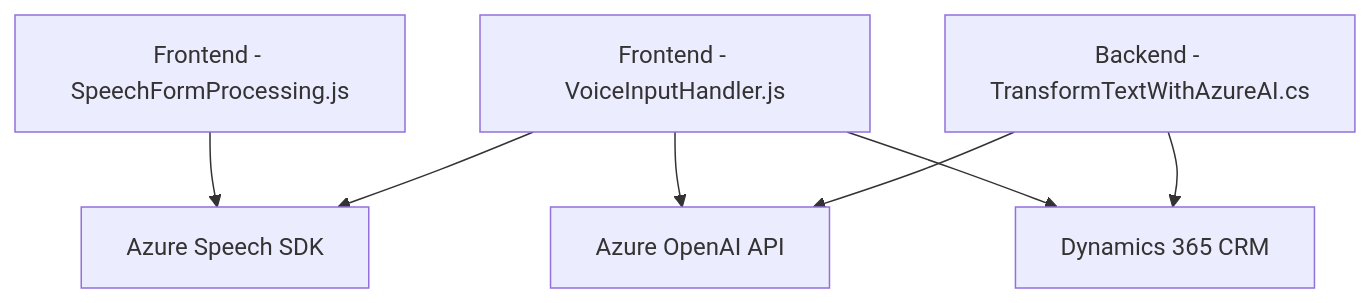
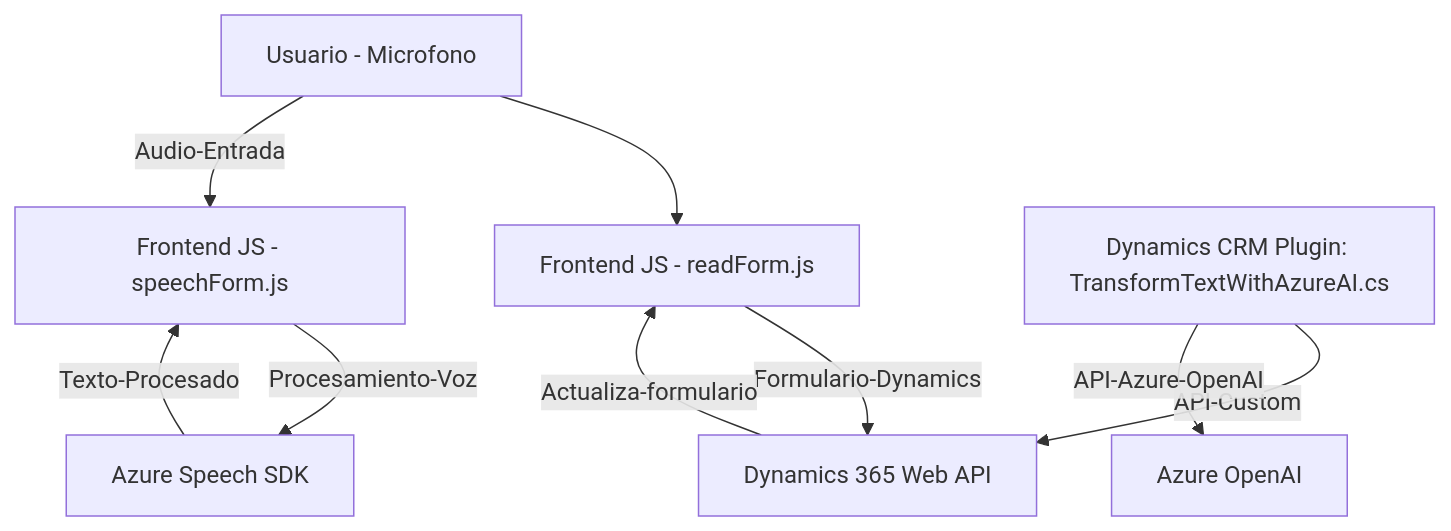
The diagram in README.md (blopezdm/NETCORE_BILBAO2025), drawn with Mermaid before and after one commit. The commit also changed other lines of this file, not shown here.

````diff
--- a/README.md
+++ b/README.md
@@ -46,16 +36,11 @@
 ```mermaid
 graph TD
-    A["Frontend - SpeechFormProcessing.js"]
-    B["Frontend - VoiceInputHandler.js"]
-    C["Backend - TransformTextWithAzureAI.cs"]
-    D["Azure Speech SDK"]
-    E["Azure OpenAI API"]
-    F["Dynamics 365 CRM"]
-
-    A --> D
-    B --> D
-    B --> E
-    B --> F
-    C --> F
-    C --> E
+    A["Usuario - Microfono"] --> B["Frontend JS - readForm.js"]
+    A -- Audio-Entrada --> C["Frontend JS - speechForm.js"]
+    B -- Formulario-Dynamics --> D["Dynamics 365 Web API"]
+    C -- Procesamiento-Voz --> E["Azure Speech SDK"]
+    F["Dynamics CRM Plugin: TransformTextWithAzureAI.cs"] -- API-Custom --> D
+    F -- API-Azure-OpenAI --> G["Azure OpenAI"]
+    E -- Texto-Procesado --> C
+    D -- Actualiza-formulario --> B
 ```
````
